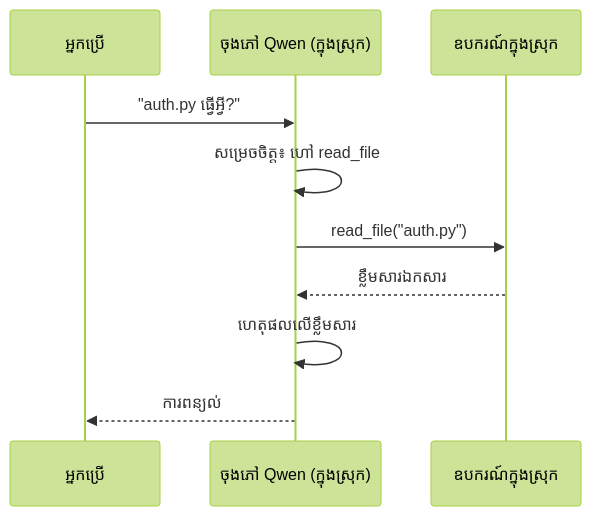
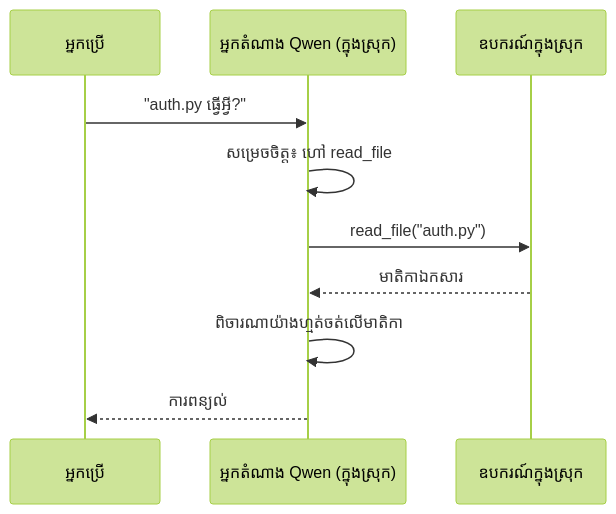
Before and after one commit to gabrielmoreira/agent-skills-mirror: the second of 4 diagrams in mirrors/repos/microsoft@ai-agents-for-beginners/translations/km/17-creating-local-ai-agents/README.md, drawn with Mermaid (forest theme). The commit also changed other lines of this file and 4262 other files, not shown here.

````diff
--- a/mirrors/repos/microsoft@ai-agents-for-beginners/translations/km/17-creating-local-ai-agents/README.md
+++ b/mirrors/repos/microsoft@ai-agents-for-beginners/translations/km/17-creating-local-ai-agents/README.md
@@ -106,12 +106,12 @@
 ```mermaid
 sequenceDiagram
     participant U as អ្នកប្រើ
-    participant A as ចុងភៅ Qwen (ក្នុងស្រុក)
+    participant A as អ្នកតំណាង Qwen (ក្នុងស្រុក)
     participant T as ឧបករណ៍ក្នុងស្រុក
     U->>A: "auth.py ធ្វើអ្វី?"
     A->>A: សម្រេចចិត្ត៖ ហៅ read_file
     A->>T: read_file("auth.py")
-    T-->>A: ខ្លឹមសារឯកសារ
-    A->>A: ហេតុផលលើខ្លឹមសារ
+    T-->>A: មាតិកាឯកសារ
+    A->>A: ពិចារណាយ៉ាងហ្មត់ចត់លើមាតិកា
     A-->>U: ការពន្យល់
 ```
````
